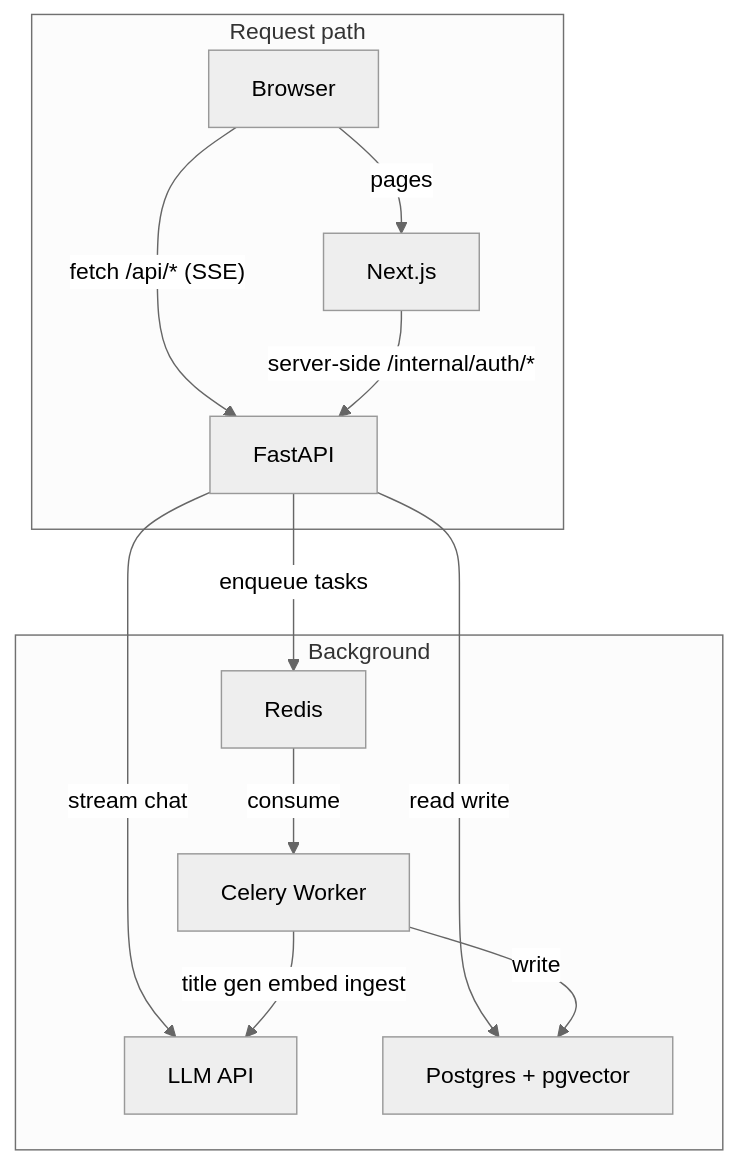
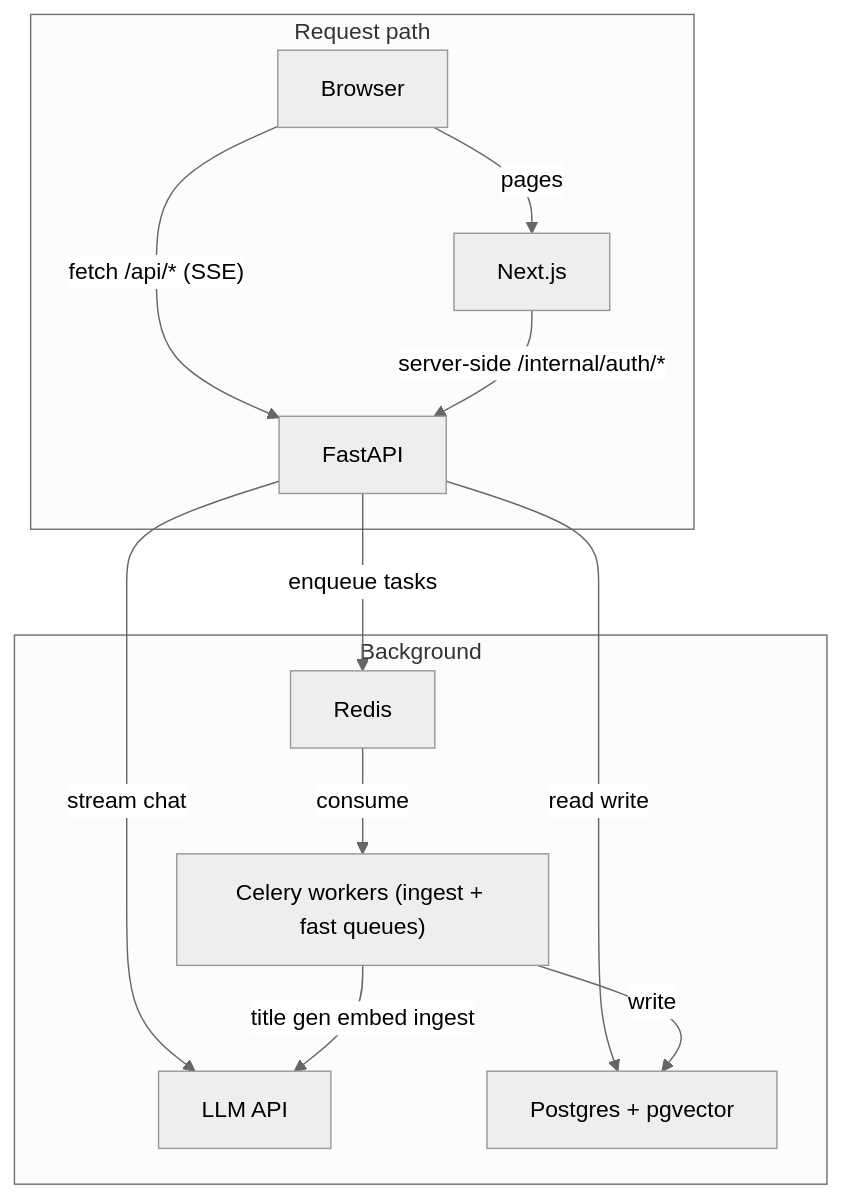
One commit to vinhto5197/hax changed the diagram in README.md. Above: the diagram before and after it, drawn with Mermaid (neutral theme). The commit also changed other lines of this file and 12 other files, not shown here.

````diff
--- a/README.md
+++ b/README.md
@@ -255,21 +257,21 @@
 ```mermaid
 graph TB
   subgraph request [Request path]
     Browser
     NextJS[Next.js]
     FastAPI
     Browser -->|pages| NextJS
     Browser -->|"fetch /api/* (SSE)"| FastAPI
     NextJS -->|"server-side /internal/auth/*"| FastAPI
   end
   FastAPI -->|stream chat| LLM[LLM API]
   FastAPI -->|read write| PG["Postgres + pgvector"]
   FastAPI -->|enqueue tasks| Redis
   subgraph background [Background]
     Redis
-    CeleryWorker[Celery Worker]
+    CeleryWorker["Celery workers (ingest + fast queues)"]
     Redis -->|consume| CeleryWorker
     CeleryWorker -->|title gen embed ingest| LLM
     CeleryWorker -->|write| PG
   end
 ```
````
